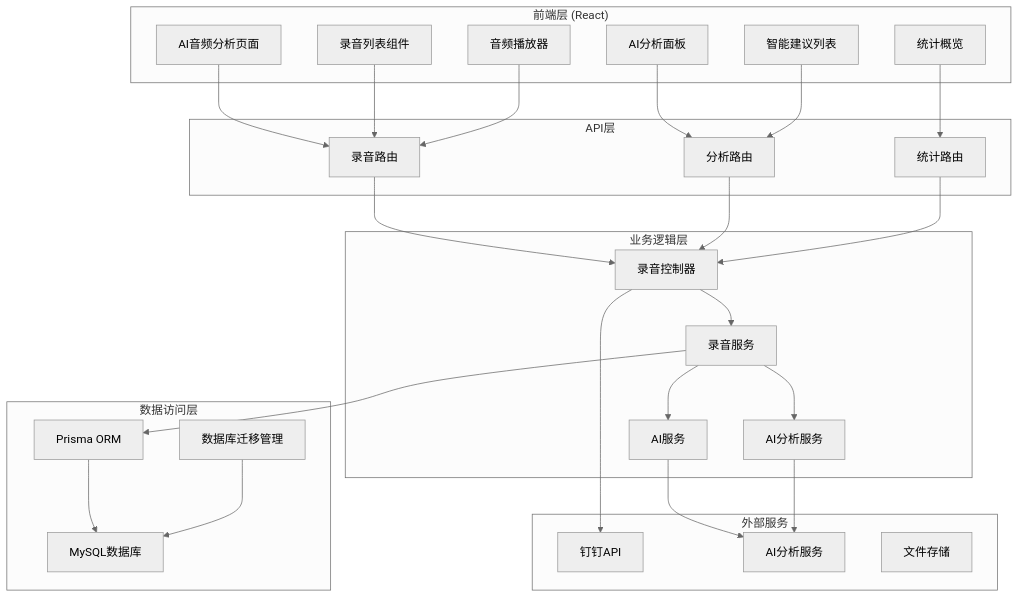
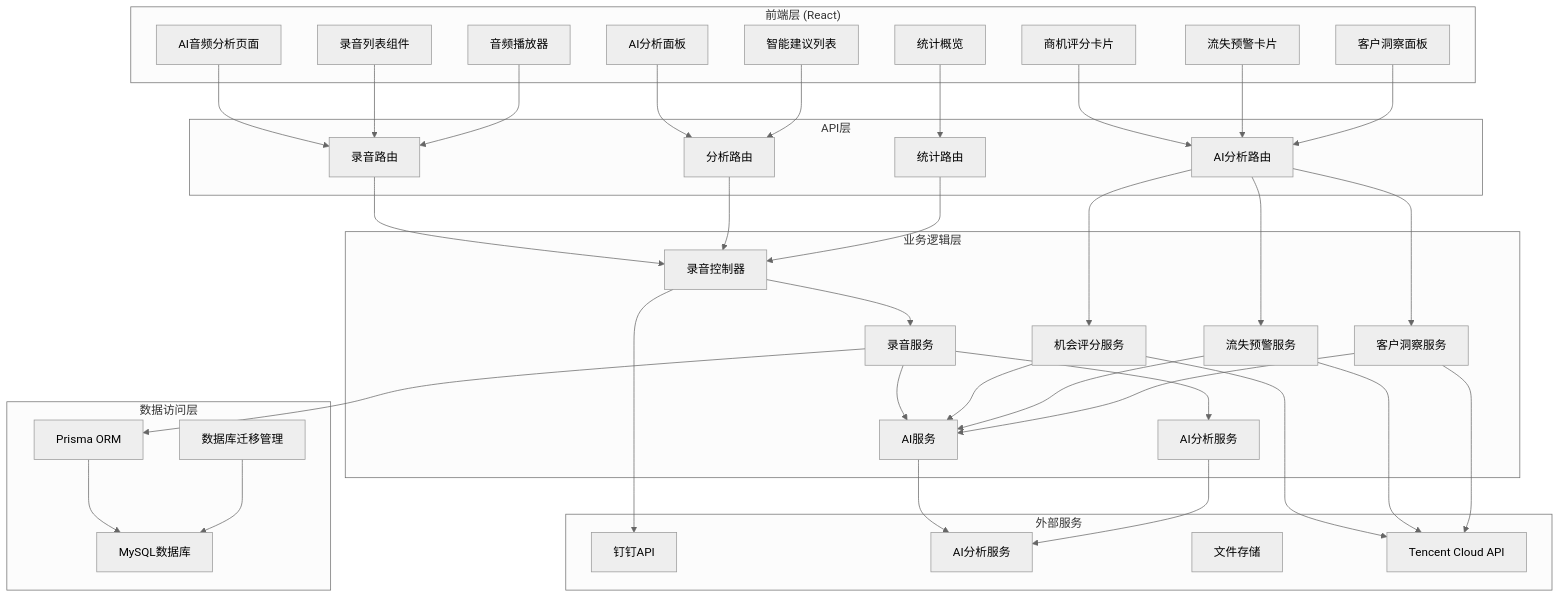
One commit to xianjianshenqu/SalesFlow-CRM changed the first of 11 diagrams in .qoder/repowiki/zh/content/Ai Audio Analysis.md. Above: the diagram before and after it, drawn with Mermaid (neutral theme). The commit also changed other lines of this file and 36 other files, not shown here.

````diff
--- a/.qoder/repowiki/zh/content/Ai Audio Analysis.md
+++ b/.qoder/repowiki/zh/content/Ai Audio Analysis.md
@@ -64,50 +75,70 @@
 ```mermaid
 graph TB
 subgraph "前端层 (React)"
 FE1[AI音频分析页面]
 FE2[录音列表组件]
 FE3[音频播放器]
 FE4[AI分析面板]
 FE5[统计概览]
 FE6[智能建议列表]
+FE7[商机评分卡片]
+FE8[流失预警卡片]
+FE9[客户洞察面板]
 end
 subgraph "API层"
 API1[录音路由]
 API2[分析路由]
 API3[统计路由]
+API4[AI分析路由]
 end
 subgraph "业务逻辑层"
 BL1[录音控制器]
 BL2[录音服务]
 BL3[AI服务]
 BL4[AI分析服务]
+BL5[机会评分服务]
+BL6[流失预警服务]
+BL7[客户洞察服务]
 end
 subgraph "数据访问层"
 DA1[Prisma ORM]
 DA2[MySQL数据库]
 DA3[数据库迁移管理]
 end
 subgraph "外部服务"
 ES1[钉钉API]
 ES2[AI分析服务]
 ES3[文件存储]
+ES4[Tencent Cloud API]
 end
 FE1 --> API1
 FE2 --> API1
 FE3 --> API1
 FE4 --> API2
 FE5 --> API3
 FE6 --> API2
+FE7 --> API4
+FE8 --> API4
+FE9 --> API4
 API1 --> BL1
 API2 --> BL1
 API3 --> BL1
+API4 --> BL5
+API4 --> BL6
+API4 --> BL7
 BL1 --> BL2
 BL2 --> BL3
 BL2 --> BL4
+BL5 --> BL3
+BL6 --> BL3
+BL7 --> BL3
 BL2 --> DA1
 DA1 --> DA2
 DA3 --> DA2
 BL3 --> ES2
 BL4 --> ES2
+BL5 --> ES4
+BL6 --> ES4
+BL7 --> ES4
 BL1 --> ES1
 ```
````
